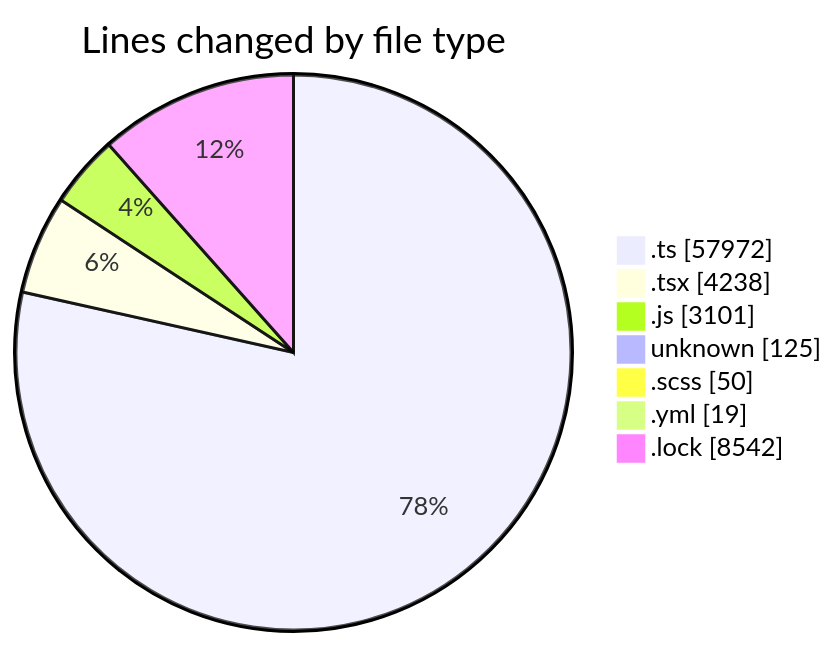
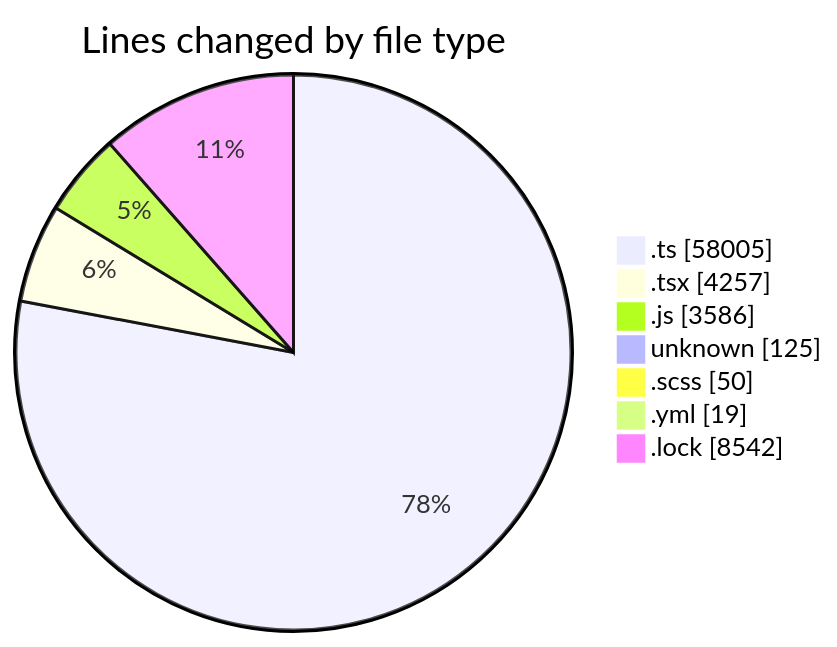
One commit to momahboobian/code-tracking changed the first of 2 diagrams in 2026-09-18/cda/README.md. Above: the diagram before and after it, drawn with Mermaid. The commit also changed other lines of this file and 1 other file, not shown here.

````diff
--- a/2026-09-18/cda/README.md
+++ b/2026-09-18/cda/README.md
@@ -61,11 +61,11 @@
 ```mermaid
 pie showData
 title Lines changed by file type
-".ts" : 57972
-".tsx" : 4238
-".js" : 3101
+".ts" : 58005
+".tsx" : 4257
+".js" : 3586
 "unknown" : 125
 ".scss" : 50
 ".yml" : 19
 ".lock" : 8542
 ```
````
